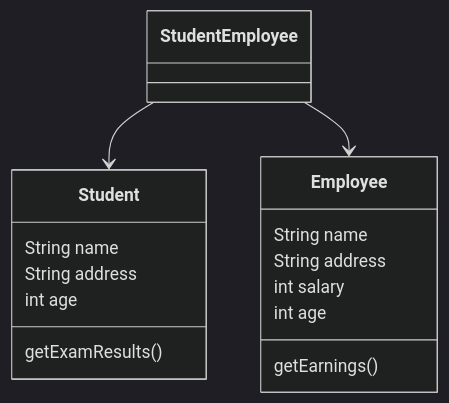
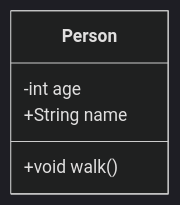
Before and after one commit to tohhongxiang123/Blog: the second of 2 diagrams in notes/Object Oriented Programming and Design/Classes and Objects.md, drawn with Mermaid (dark theme). The commit also changed other lines of this file and 8 other files, not shown here.

````diff
--- a/notes/Object Oriented Programming and Design/Classes and Objects.md
+++ b/notes/Object Oriented Programming and Design/Classes and Objects.md
@@ -108,22 +74,9 @@
 ```mermaid
 classDiagram
-    StudentEmployee --> Student
-    StudentEmployee --> Employee
+class Person {
+	-int age
+	+String name
 
-    class Student {
-        String name
-        String address
-        int age
-
-        getExamResults()
-    }
-
-    class Employee {
-        String name
-        String address
-        int salary
-        int age
-
-        getEarnings()
-    }
+	+void walk()
+}
 ```
````
